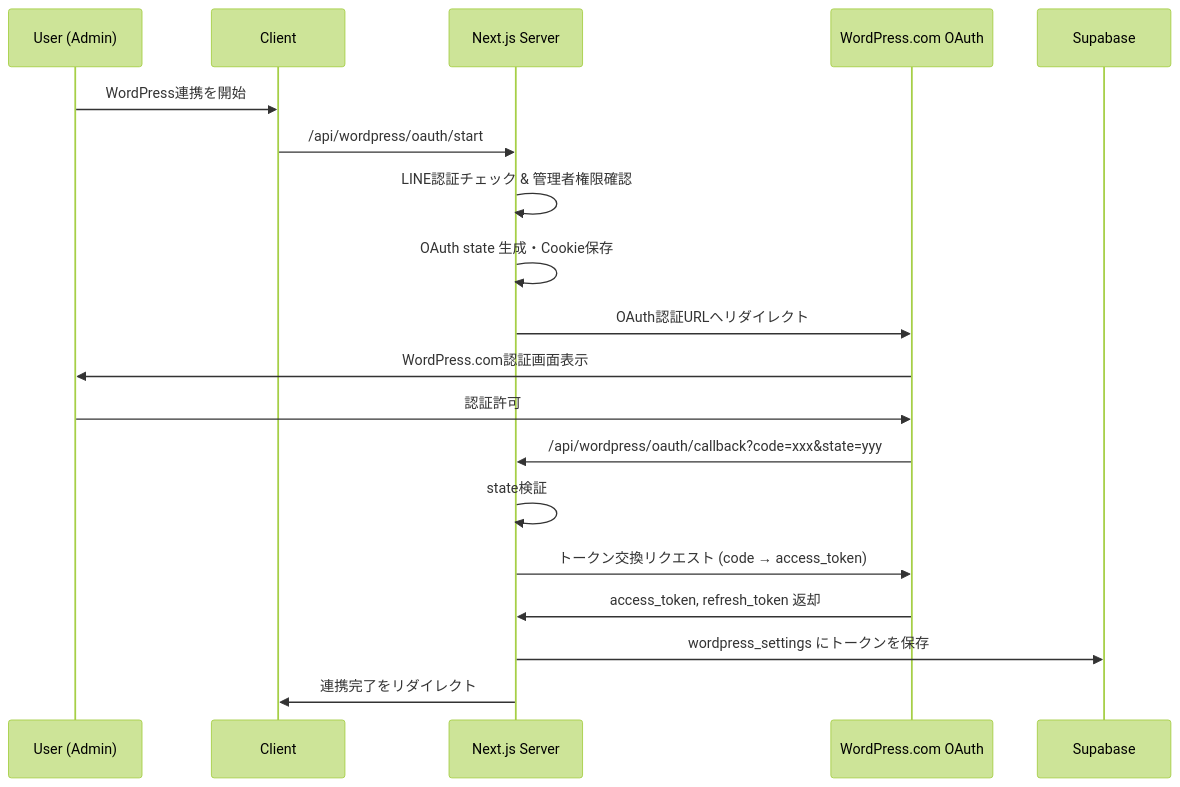
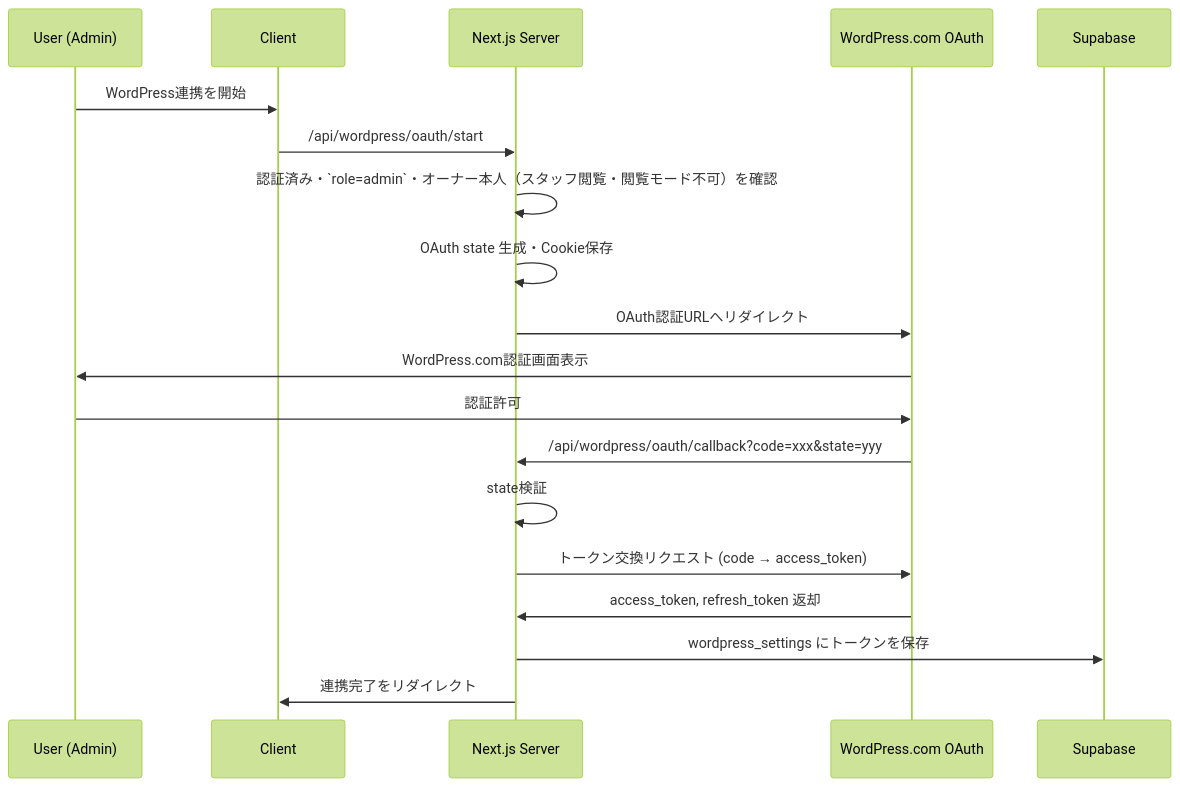
One commit to shoma-endo/GrowMate changed the fourth of 6 diagrams in README.md. Above: the diagram before and after it, drawn with Mermaid (forest theme). The commit also changed other lines of this file, not shown here.

Commit message:
README を実装と一致させる（環境変数・API・GSC Actions・図表の修正）

````diff
--- a/README.md
+++ b/README.md
@@ -205,22 +207,22 @@
 ```mermaid
 sequenceDiagram
     participant U as User (Admin)
     participant C as Client
     participant S as Next.js Server
     participant WP as WordPress.com OAuth
     participant DB as Supabase
 
     U->>C: WordPress連携を開始
     C->>S: /api/wordpress/oauth/start
-    S->>S: LINE認証チェック & 管理者権限確認
+    S->>S: 認証済み・`role=admin`・オーナー本人（スタッフ閲覧・閲覧モード不可）を確認
     S->>S: OAuth state 生成・Cookie保存
     S->>WP: OAuth認証URLへリダイレクト
     WP->>U: WordPress.com認証画面表示
     U->>WP: 認証許可
     WP->>S: /api/wordpress/oauth/callback?code=xxx&state=yyy
     S->>S: state検証
     S->>WP: トークン交換リクエスト (code → access_token)
     WP->>S: access_token, refresh_token 返却
     S->>DB: wordpress_settings にトークンを保存
     S->>C: 連携完了をリダイレクト
 ```
````
